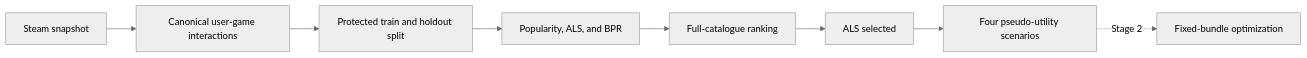
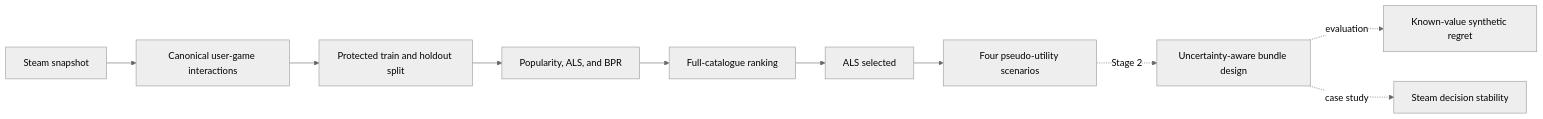
One commit to pranavpillaiNUS/steam-recommendation-and-bundle-optimization changed the diagram in README.md. Above: the diagram before and after it, drawn with Mermaid (neutral theme). The commit also changed other lines of this file and 22 other files, not shown here.

````diff
--- a/README.md
+++ b/README.md
@@ -36,10 +38,12 @@
 ```mermaid
 flowchart LR
     A[Steam snapshot] --> B[Canonical user-game interactions]
     B --> C[Protected train and holdout split]
     C --> D[Popularity, ALS, and BPR]
     D --> E[Full-catalogue ranking]
     E --> F[ALS selected]
     F --> G[Four pseudo-utility scenarios]
-    G -. Stage 2 .-> H[Fixed-bundle optimization]
+    G -. Stage 2 .-> H[Uncertainty-aware bundle design]
+    H -. evaluation .-> I[Known-value synthetic regret]
+    H -. case study .-> J[Steam decision stability]
 ```
````
